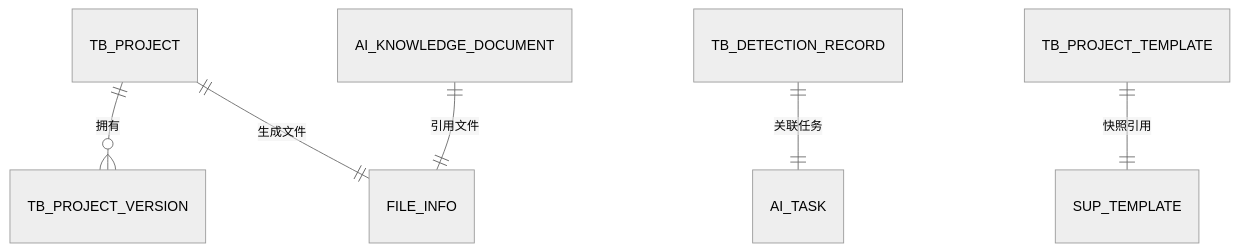
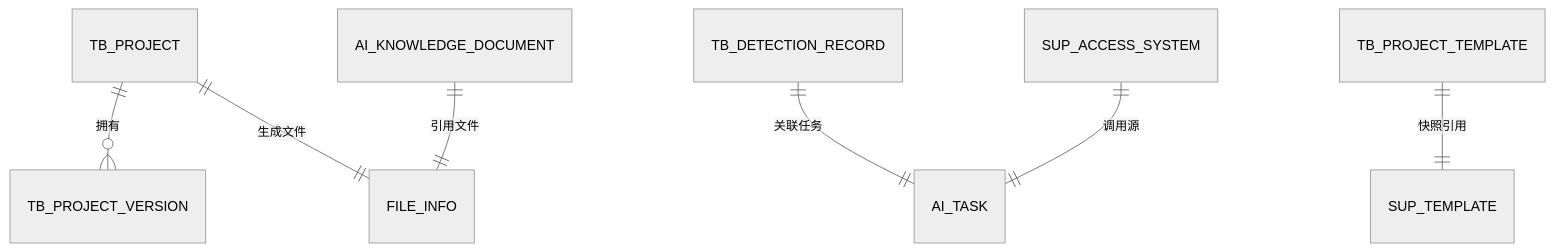
The sixth of 6 diagrams in .qoder/repowiki/zh/content/数据库设计/数据库设计.md (DrunkFood/First), drawn with Mermaid (neutral theme) before and after one commit. The commit also changed other lines of this file and 77 other files, not shown here.

````diff
--- a/.qoder/repowiki/zh/content/数据库设计/数据库设计.md
+++ b/.qoder/repowiki/zh/content/数据库设计/数据库设计.md
@@ -349,8 +372,9 @@
 ```mermaid
 erDiagram
 TB_PROJECT ||--o{ TB_PROJECT_VERSION : "拥有"
 TB_PROJECT ||--|| FILE_INFO : "生成文件"
 TB_DETECTION_RECORD ||--|| AI_TASK : "关联任务"
 AI_KNOWLEDGE_DOCUMENT ||--|| FILE_INFO : "引用文件"
 TB_PROJECT_TEMPLATE ||--|| SUP_TEMPLATE : "快照引用"
+SUP_ACCESS_SYSTEM ||--|| AI_TASK : "调用源"
 ```
````
